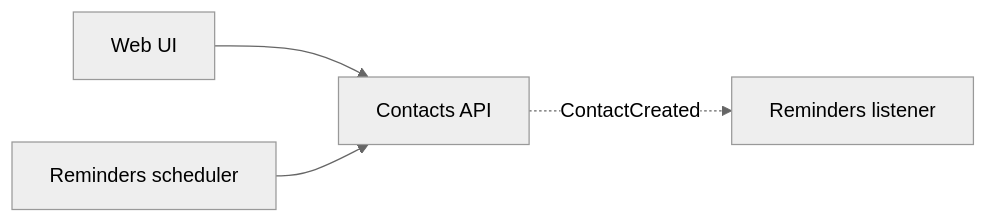
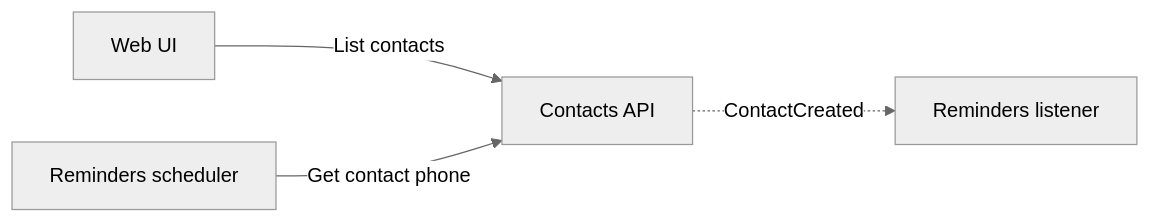
One commit to eliyaoo32/RockSolid changed the first of 3 diagrams in docs/FEATURE_TEMPLATE.md. Above: the diagram before and after it, drawn with Mermaid (neutral theme). The commit also changed other lines of this file and 1 other file, not shown here.

````diff
--- a/docs/FEATURE_TEMPLATE.md
+++ b/docs/FEATURE_TEMPLATE.md
@@ -38,6 +38,6 @@
 ```mermaid
 flowchart LR
-    UI[Web UI] --> API[Contacts API]
-    Scheduler[Reminders scheduler] --> API
+    UI[Web UI] -->|List contacts| API[Contacts API]
+    Scheduler[Reminders scheduler] -->|Get contact phone| API
     API -.ContactCreated.-> Listener[Reminders listener]
 ```
````
